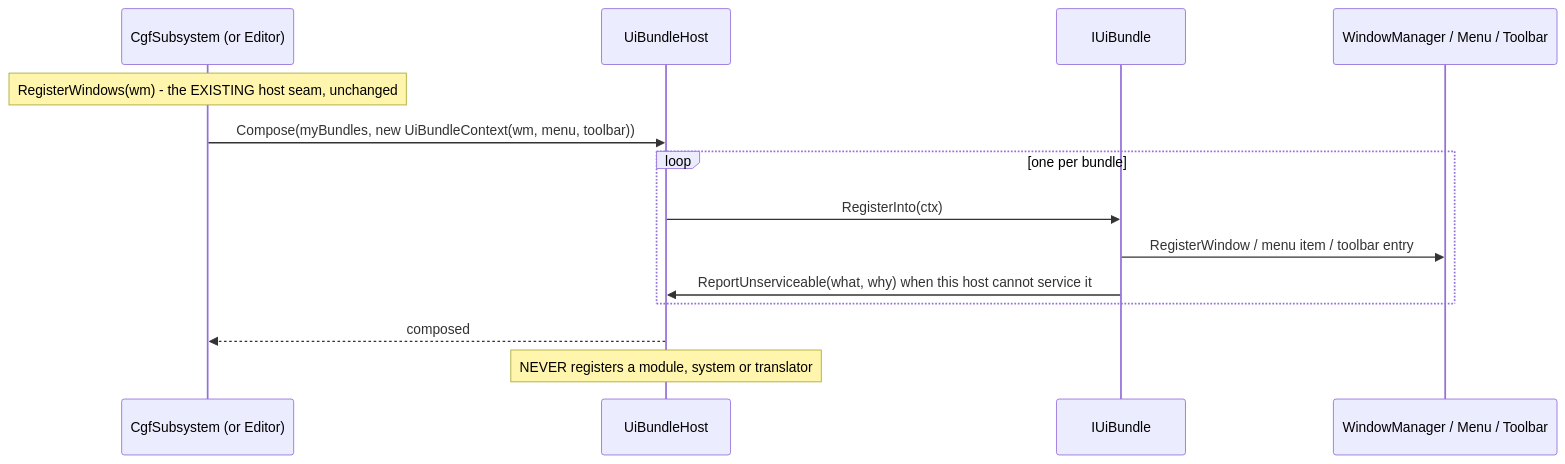
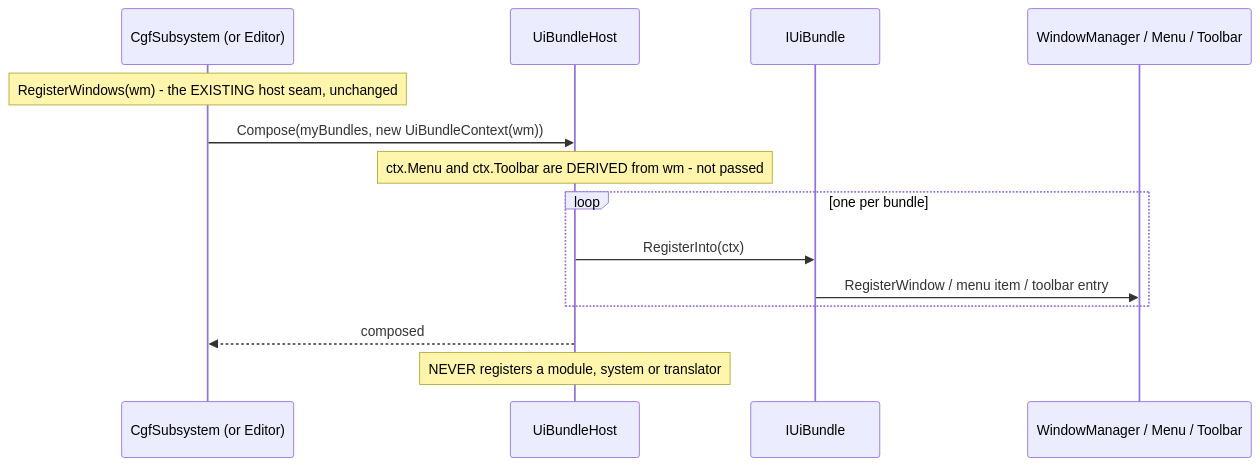
Before and after one commit to pjanec/HROT: the fourth of 4 diagrams in docs/DESIGN_Subsystem_Composition_Unification.md, drawn with Mermaid. The commit also changed other lines of this file and 7 other files, not shown here.

````diff
--- a/docs/DESIGN_Subsystem_Composition_Unification.md
+++ b/docs/DESIGN_Subsystem_Composition_Unification.md
@@ -527,17 +538,17 @@
 ```mermaid
 sequenceDiagram
     participant Host as CgfSubsystem (or Editor)
     participant BH as UiBundleHost
     participant B as IUiBundle
     participant Reg as WindowManager / Menu / Toolbar
 
     Note over Host: RegisterWindows(wm) - the EXISTING host seam, unchanged
-    Host->>BH: Compose(myBundles, new UiBundleContext(wm, menu, toolbar))
+    Host->>BH: Compose(myBundles, new UiBundleContext(wm))
+    Note over BH: ctx.Menu and ctx.Toolbar are DERIVED from wm - not passed
     loop one per bundle
         BH->>B: RegisterInto(ctx)
         B->>Reg: RegisterWindow / menu item / toolbar entry
-        B->>BH: ReportUnserviceable(what, why) when this host cannot service it
     end
     BH-->>Host: composed
     Note over BH: NEVER registers a module, system or translator
 ```
````
